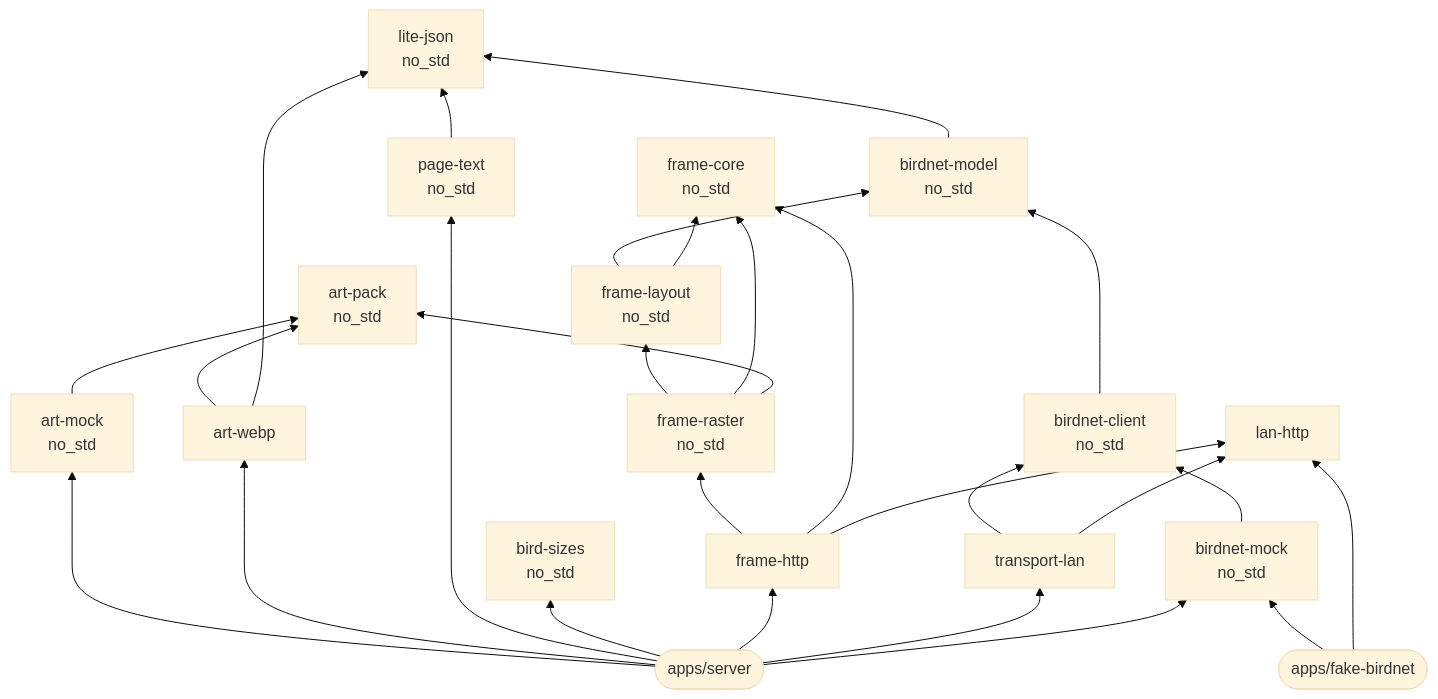
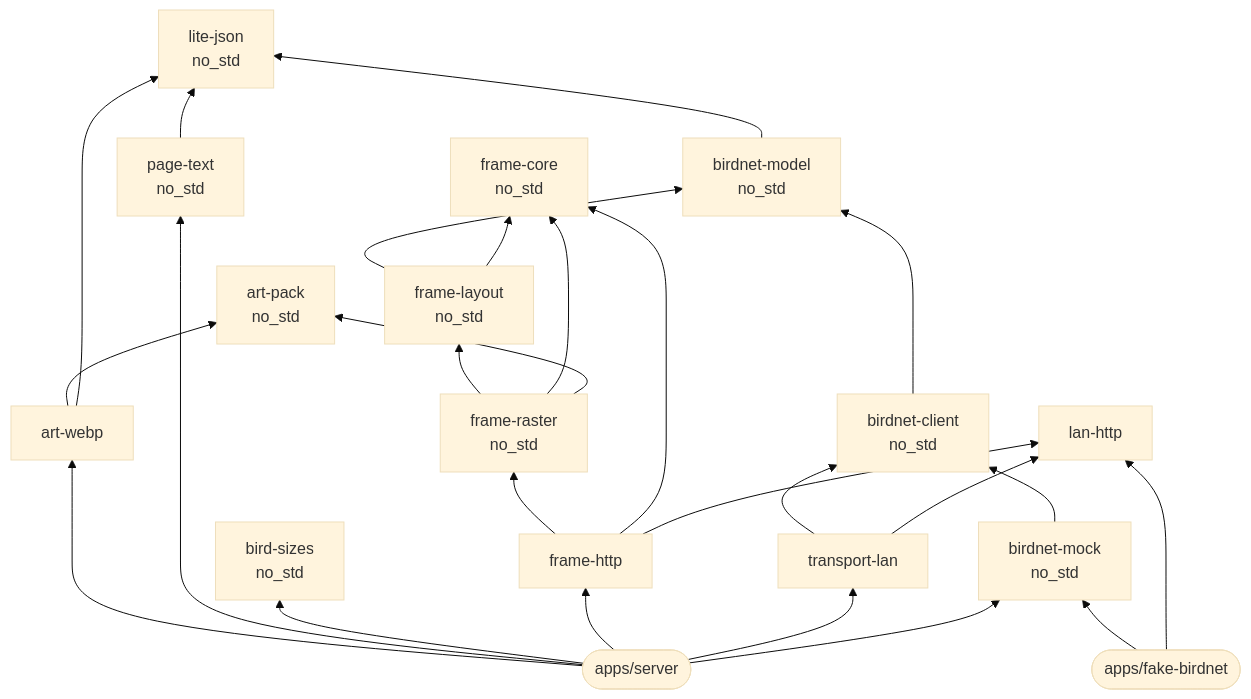
One commit to Filip-Pajalic/birdnet-go-frame changed the diagram in docs/explanation/design-decisions.md. Above: the diagram before and after it, drawn with Mermaid (base theme). The commit also changed other lines of this file and 45 other files, not shown here.

````diff
--- a/docs/explanation/design-decisions.md
+++ b/docs/explanation/design-decisions.md
@@ -11,47 +11,44 @@
 ```mermaid
 flowchart BT
     core[frame-core<br/>no_std]
     model[birdnet-model<br/>no_std]
     client[birdnet-client<br/>no_std]
     mock[birdnet-mock<br/>no_std]
     lan[lan-http]
     transport[transport-lan]
     artpack[art-pack<br/>no_std]
-    artmock[art-mock<br/>no_std]
     artwebp[art-webp]
     json[lite-json<br/>no_std]
     words[page-text<br/>no_std]
     sizes[bird-sizes<br/>no_std]
     layout[frame-layout<br/>no_std]
     raster[frame-raster<br/>no_std]
     http[frame-http]
     server([apps/server])
     fake([apps/fake-birdnet])
 
     client --> model
     mock --> client
     transport --> client
     transport --> lan
     layout --> model
     layout --> core
     raster --> layout
     raster --> core
     http --> raster
     http --> core
     http --> lan
-    artmock --> artpack
     artwebp --> artpack
     artwebp --> json
     model --> json
     words --> json
     raster --> artpack
-    server --> artmock
     server --> artwebp
     server --> words
     server --> sizes
     server --> http
     server --> transport
     server --> mock
     fake --> mock
     fake --> lan
 ```
````
